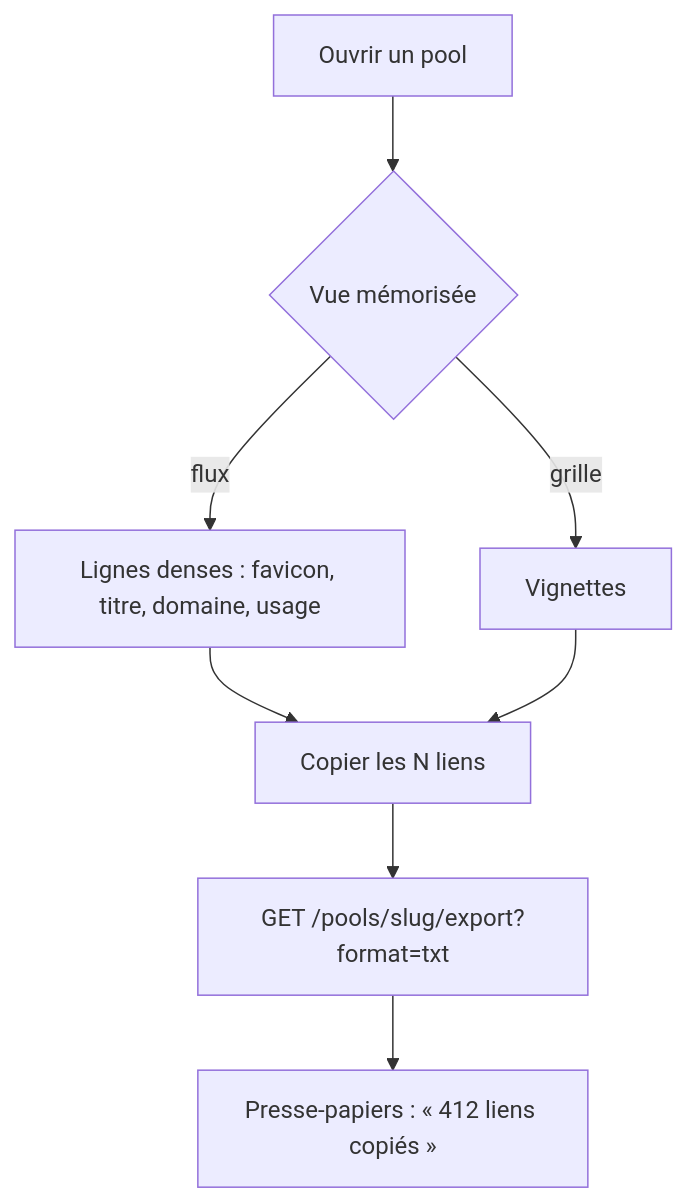
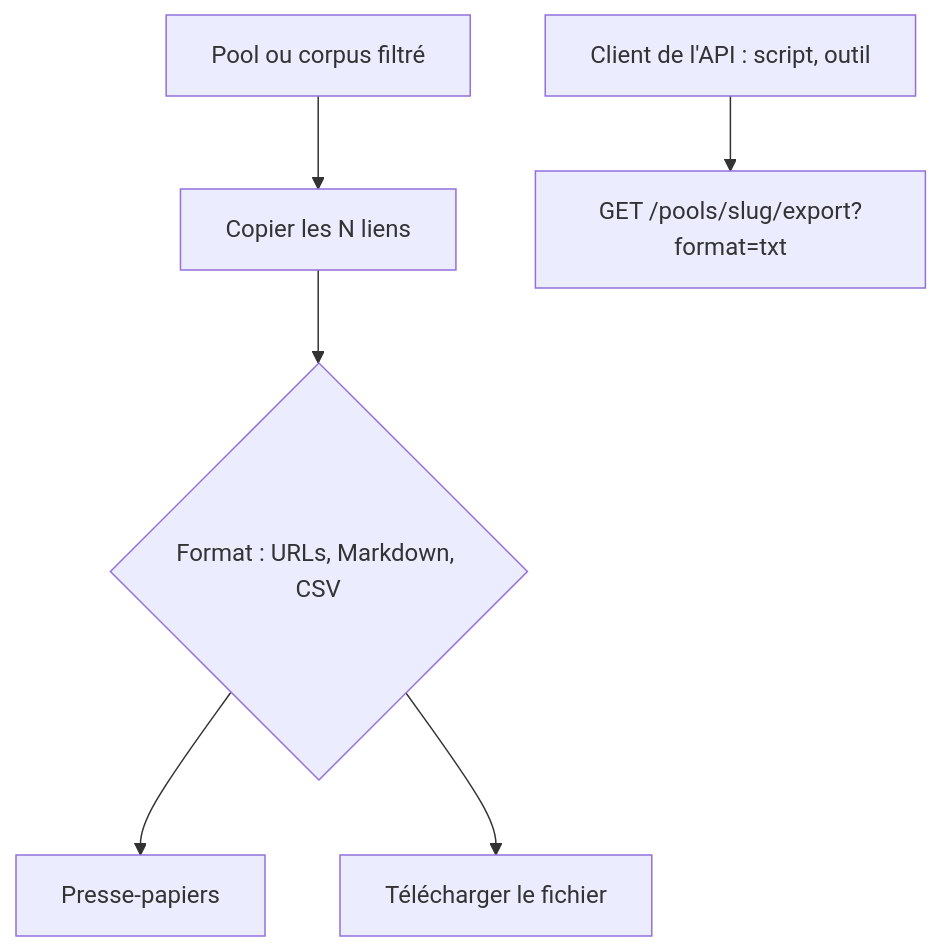
One commit to RebelliousSmile/datapool changed the diagram in aidd_docs/tasks/2026_10/2026_10_30_interface/phase-4.md. Above: the diagram before and after it, drawn with Mermaid. The commit also changed other lines of this file and 1 other file, not shown here.

First line of the commit message:
Plan de la phase 4 révisé : ce que les phases 3 et 5 ont livré, ce qui reste

````diff
--- a/aidd_docs/tasks/2026_10/2026_10_30_interface/phase-4.md
+++ b/aidd_docs/tasks/2026_10/2026_10_30_interface/phase-4.md
@@ -35,10 +38,8 @@
 ```mermaid
 flowchart TD
-  A[Ouvrir un pool] --> B{Vue mémorisée}
-  B -->|flux| C[Lignes denses : favicon, titre, domaine, usage]
-  B -->|grille| D[Vignettes]
-  C --> E[Copier les N liens]
-  D --> E
-  E --> F[GET /pools/slug/export?format=txt]
-  F --> G[Presse-papiers : « 412 liens copiés »]
+  A[Pool ou corpus filtré] --> B[Copier les N liens]
+  B --> C{Format : URLs, Markdown, CSV}
+  C --> D[Presse-papiers]
+  C --> E[Télécharger le fichier]
+  F[Client de l'API : script, outil] --> G[GET /pools/slug/export?format=txt]
 ```
````
